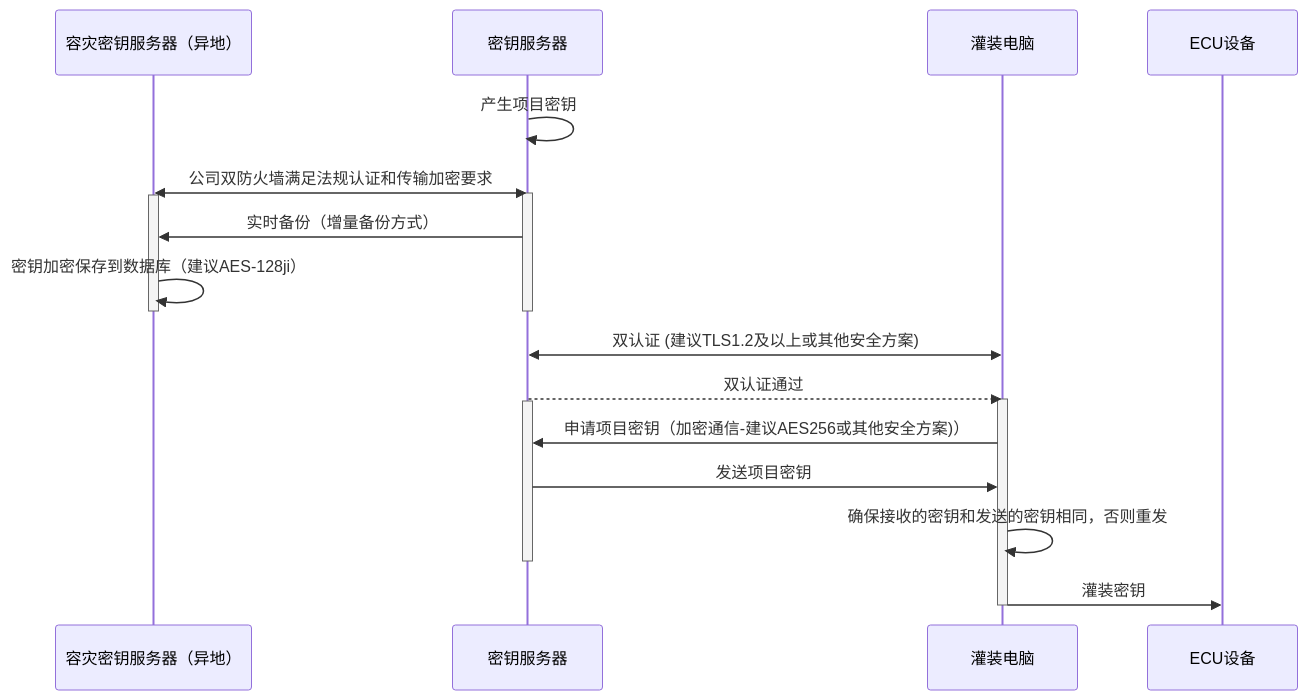
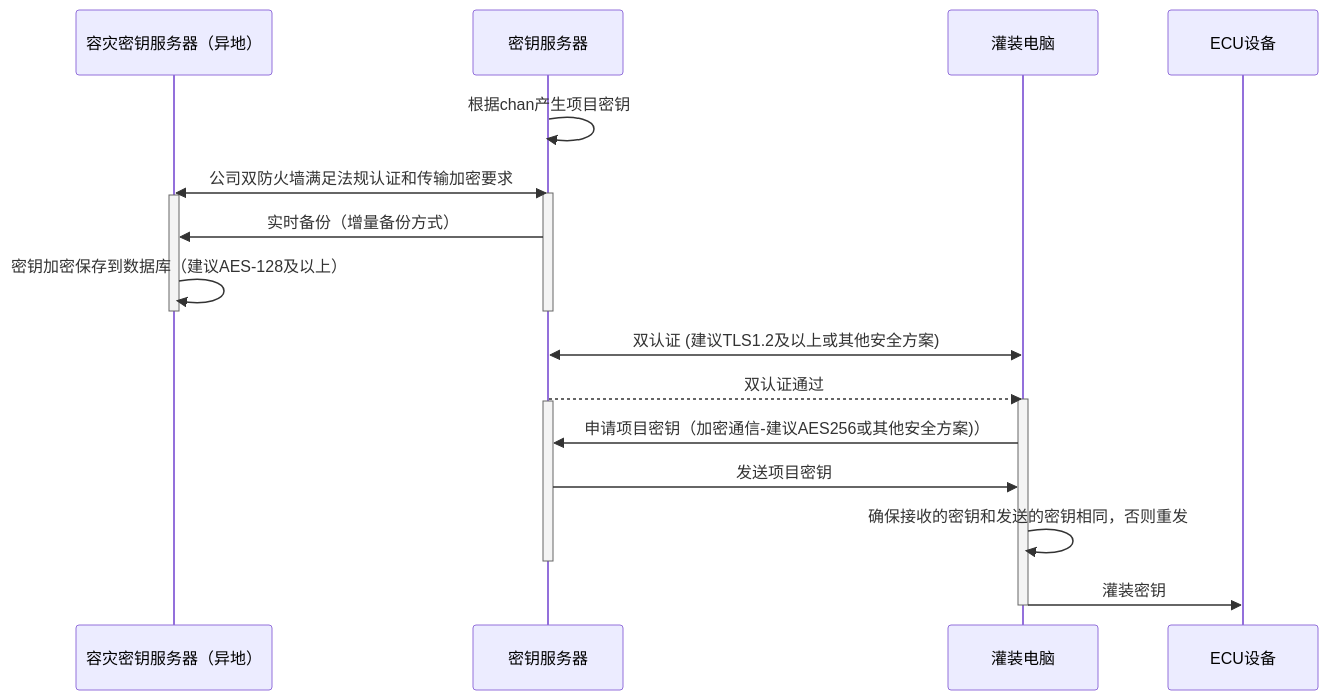
The diagram in all/未命名-15.md (facebook-cloud/iodraw-files), drawn with Mermaid before and after one commit.

Commit message:
2026-02-07 09:53:05 update

````diff
--- a/all/未命名-15.md
+++ b/all/未命名-15.md
@@ -1,29 +1,29 @@
 ```mermaid
 sequenceDiagram
     participant B as 容灾密钥服务器（异地）
     participant A as 密钥服务器
     participant C as 灌装电脑
     participant D as ECU设备
 
-    A->>A: 产生项目密钥
+    A->>A: 根据chan产生项目密钥
     A<<->>B: 公司双防火墙满足法规认证和传输加密要求
     activate A
     activate B
     A->>B: 实时备份（增量备份方式）
-    B->>B: 密钥加密保存到数据库（建议AES-128ji）
+    B->>B: 密钥加密保存到数据库（建议AES-128及以上）
     deactivate B
     deactivate A
 
     C<<->>A: 双认证 (建议TLS1.2及以上或其他安全方案)
     A-->>C: 双认证通过
     activate C
     activate A
     C->>A: 申请项目密钥（加密通信-建议AES256或其他安全方案)）
     A->>C: 发送项目密钥
 
     C->>C: 确保接收的密钥和发送的密钥相同，否则重发
     deactivate A
     C->>D: 灌装密钥
     deactivate C
 
 ```
````
